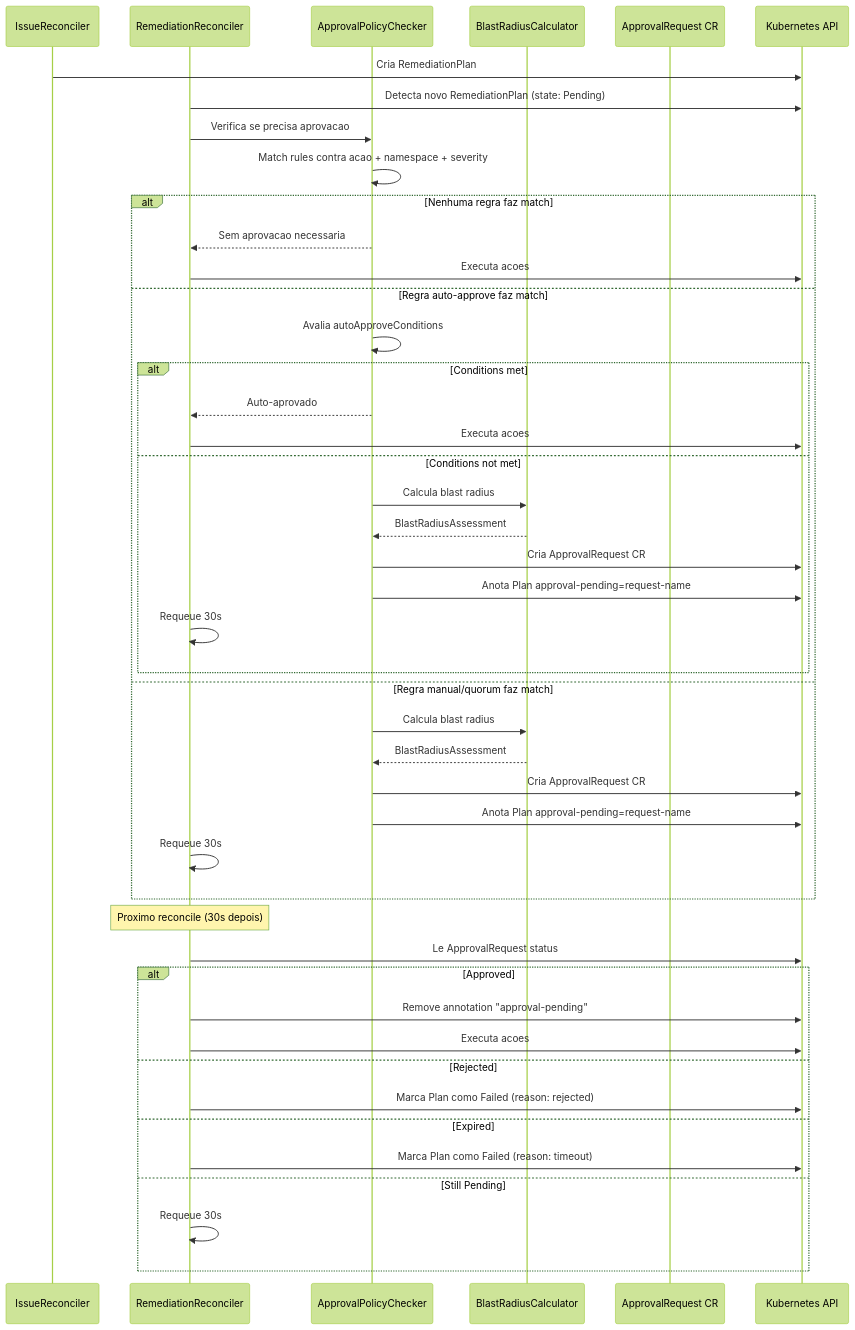
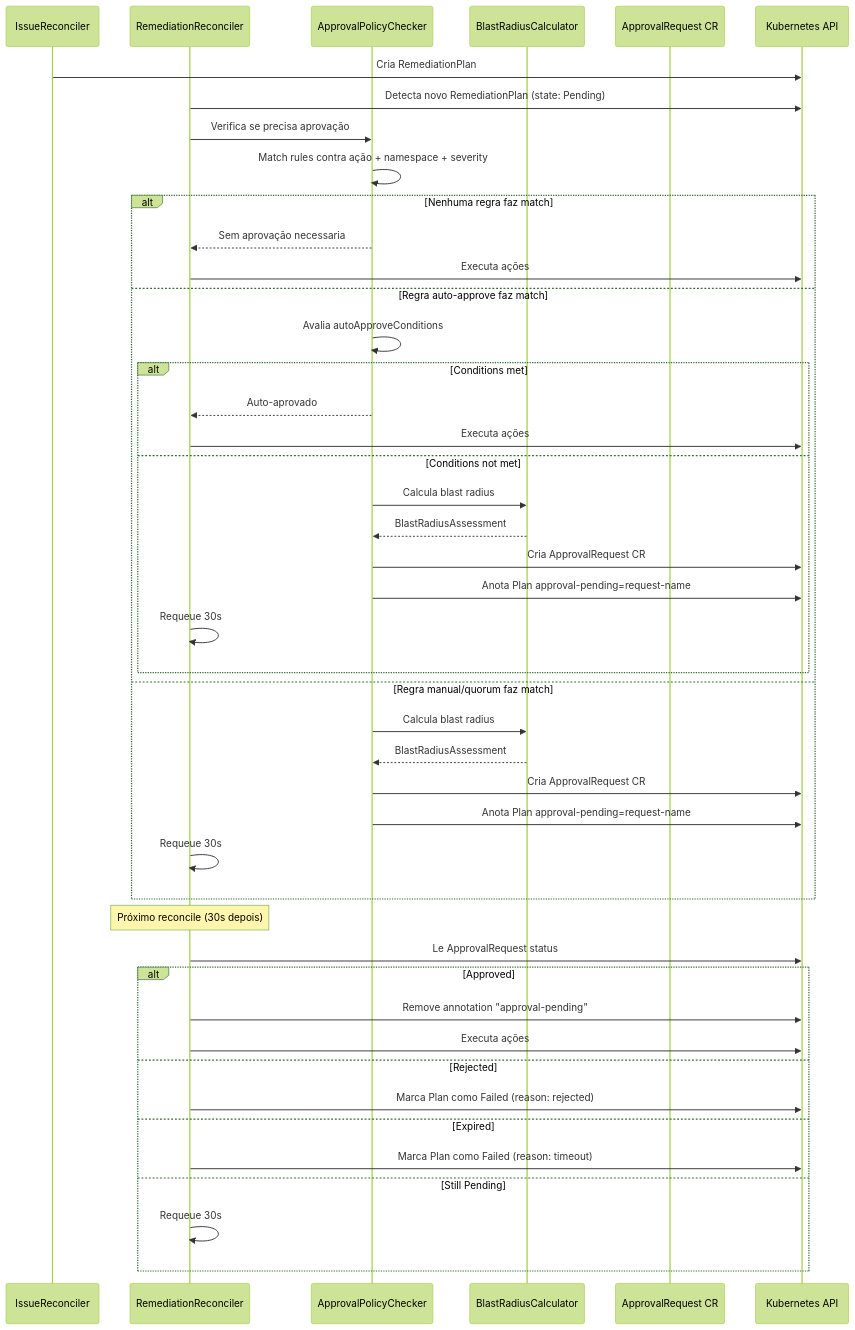
One commit to diillson/chatcli.ai changed the third of 3 diagrams in features/aiops/approval-workflow.mdx. Above: the diagram before and after it, drawn with Mermaid (forest theme). The commit also changed other lines of this file and 93 other files, not shown here.

````diff
--- a/features/aiops/approval-workflow.mdx
+++ b/features/aiops/approval-workflow.mdx
@@ -427,50 +427,50 @@
 ```mermaid
 sequenceDiagram
     participant IR as IssueReconciler
     participant RR as RemediationReconciler
     participant APC as ApprovalPolicyChecker
     participant BRC as BlastRadiusCalculator
     participant AReq as ApprovalRequest CR
     participant K8s as Kubernetes API
 
     IR->>K8s: Cria RemediationPlan
     RR->>K8s: Detecta novo RemediationPlan (state: Pending)
-    RR->>APC: Verifica se precisa aprovacao
-    APC->>APC: Match rules contra acao + namespace + severity
+    RR->>APC: Verifica se precisa aprovação
+    APC->>APC: Match rules contra ação + namespace + severity
 
     alt Nenhuma regra faz match
-        APC-->>RR: Sem aprovacao necessaria
-        RR->>K8s: Executa acoes
+        APC-->>RR: Sem aprovação necessaria
+        RR->>K8s: Executa ações
     else Regra auto-approve faz match
         APC->>APC: Avalia autoApproveConditions
         alt Conditions met
             APC-->>RR: Auto-aprovado
-            RR->>K8s: Executa acoes
+            RR->>K8s: Executa ações
         else Conditions not met
             APC->>BRC: Calcula blast radius
             BRC-->>APC: BlastRadiusAssessment
             APC->>K8s: Cria ApprovalRequest CR
             APC->>K8s: Anota Plan approval-pending=request-name
             RR->>RR: Requeue 30s
         end
     else Regra manual/quorum faz match
         APC->>BRC: Calcula blast radius
         BRC-->>APC: BlastRadiusAssessment
         APC->>K8s: Cria ApprovalRequest CR
         APC->>K8s: Anota Plan approval-pending=request-name
         RR->>RR: Requeue 30s
     end
 
-    Note over RR: Proximo reconcile (30s depois)
+    Note over RR: Próximo reconcile (30s depois)
     RR->>K8s: Le ApprovalRequest status
     alt Approved
         RR->>K8s: Remove annotation "approval-pending"
-        RR->>K8s: Executa acoes
+        RR->>K8s: Executa ações
     else Rejected
         RR->>K8s: Marca Plan como Failed (reason: rejected)
     else Expired
         RR->>K8s: Marca Plan como Failed (reason: timeout)
     else Still Pending
         RR->>RR: Requeue 30s
     end
 ```
````
